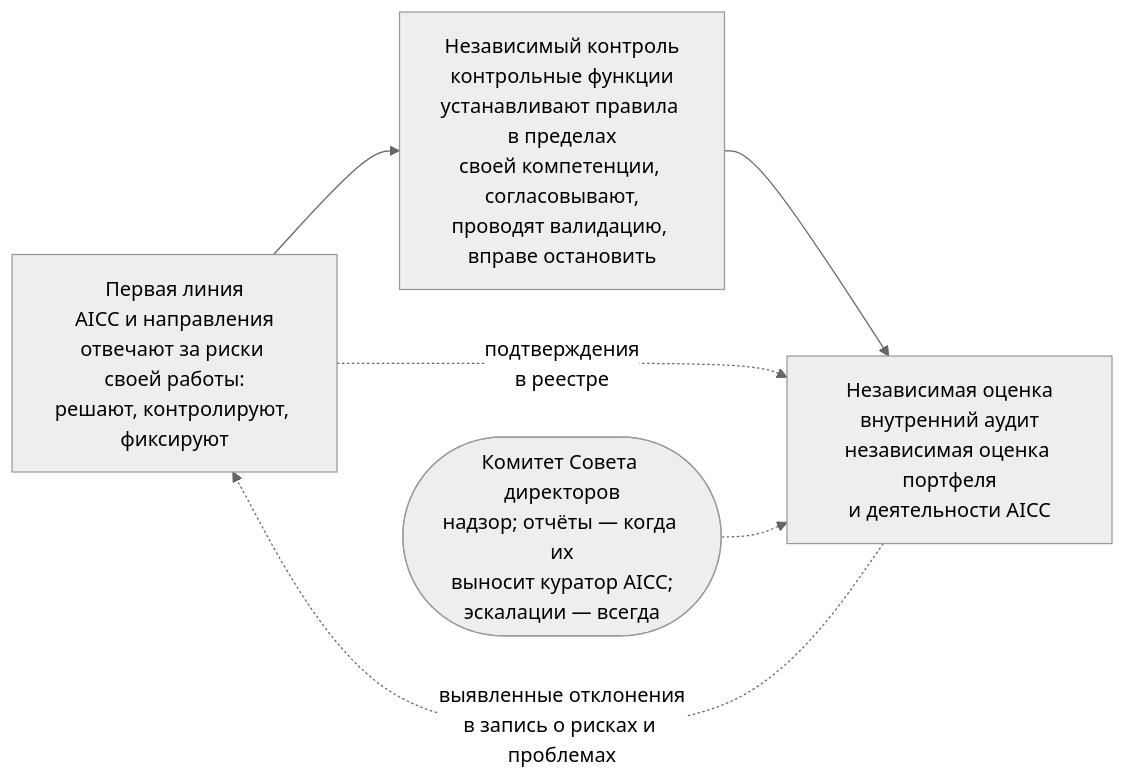
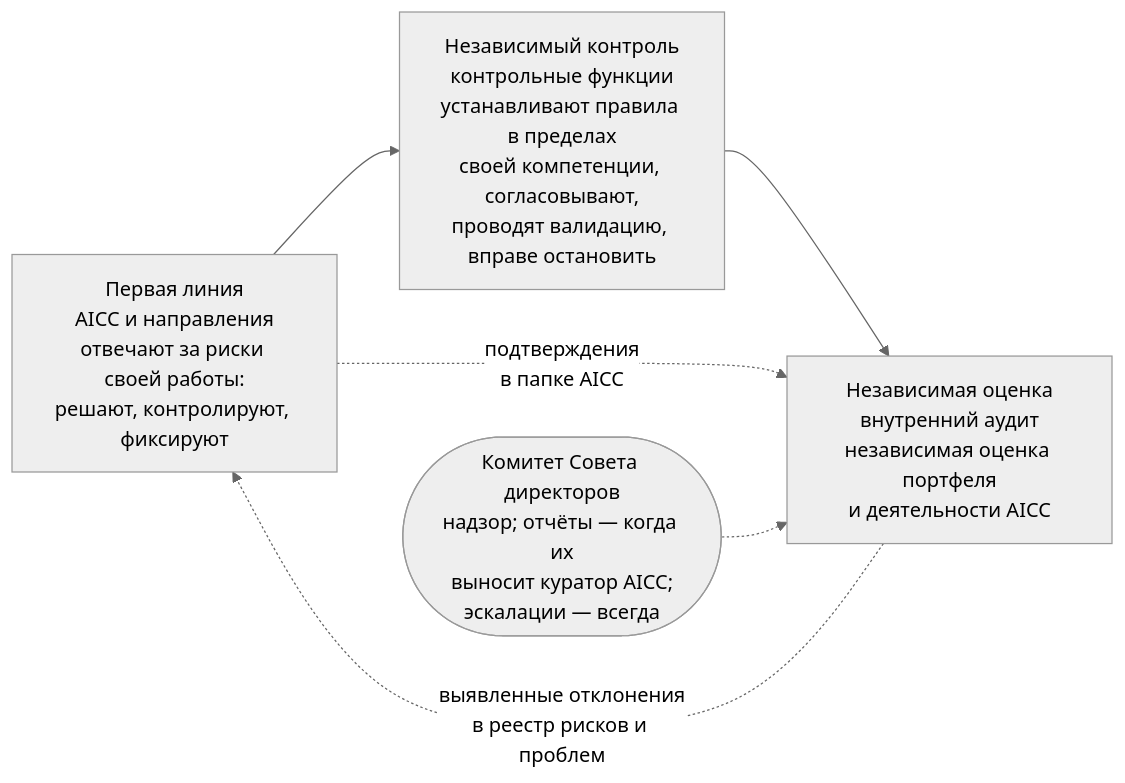
The diagram in portal/content/ru/governance/records-evidence-and-assurance.md (devhogu/ob-aicc), drawn with Mermaid (neutral theme) before and after one commit. The commit also changed other lines of this file and 370 other files, not shown here.

````diff
--- a/portal/content/ru/governance/records-evidence-and-assurance.md
+++ b/portal/content/ru/governance/records-evidence-and-assurance.md
@@ -31,8 +31,8 @@
 ```mermaid
 flowchart LR
   L1["Первая линия<br/>AICC и направления<br/>отвечают за риски своей работы:<br/>решают, контролируют, фиксируют"] --> L2["Независимый контроль<br/>контрольные функции<br/>устанавливают правила в пределах<br/>своей компетенции, согласовывают,<br/>проводят валидацию, вправе остановить"]
   L2 --> L3["Независимая оценка<br/>внутренний аудит<br/>независимая оценка портфеля<br/>и деятельности AICC"]
-  L1 -.->|"подтверждения<br/>в реестре"| L3
-  L3 -.->|"выявленные отклонения<br/>в запись о рисках и проблемах"| L1
+  L1 -.->|"подтверждения<br/>в папке AICC"| L3
+  L3 -.->|"выявленные отклонения<br/>в реестр рисков и проблем"| L1
   B(["Комитет Совета директоров<br/>надзор; отчёты — когда их<br/>выносит куратор AICC;<br/>эскалации — всегда"]) -.-> L3
 ```
````
